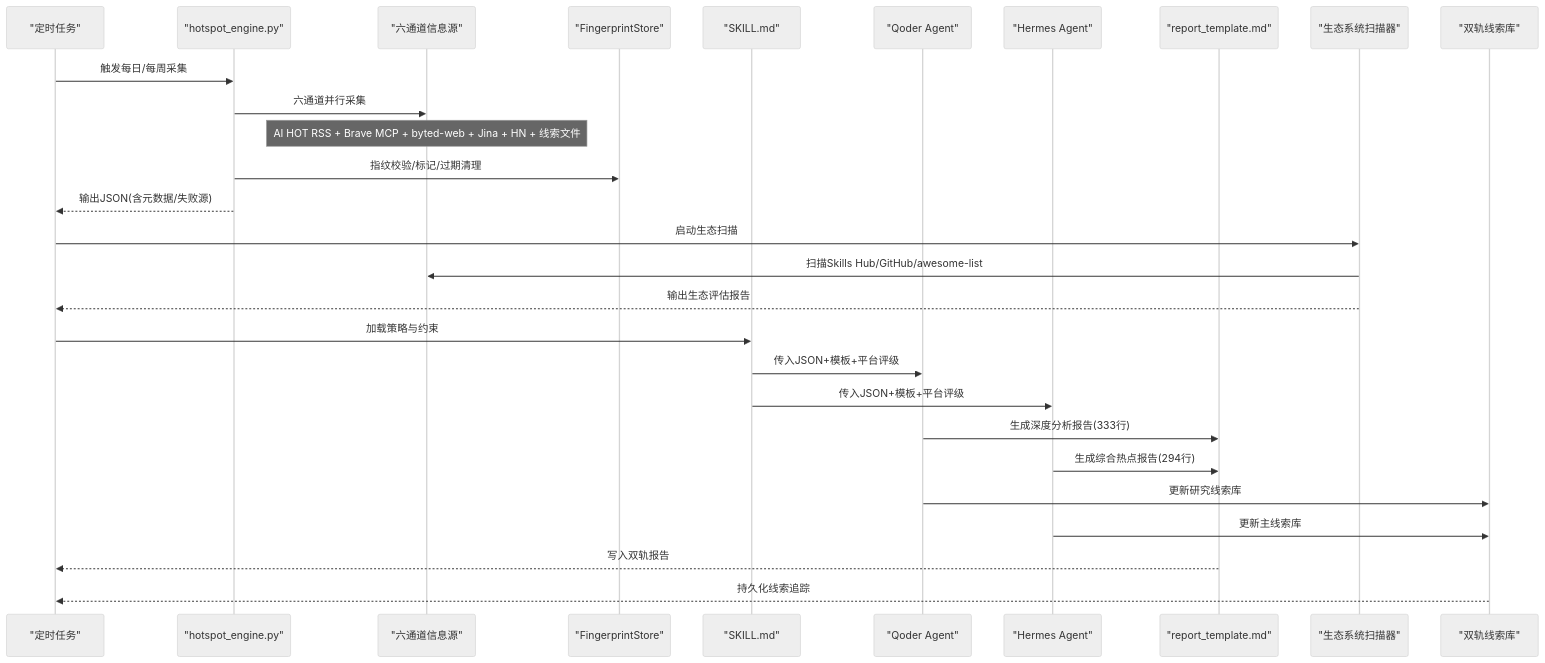
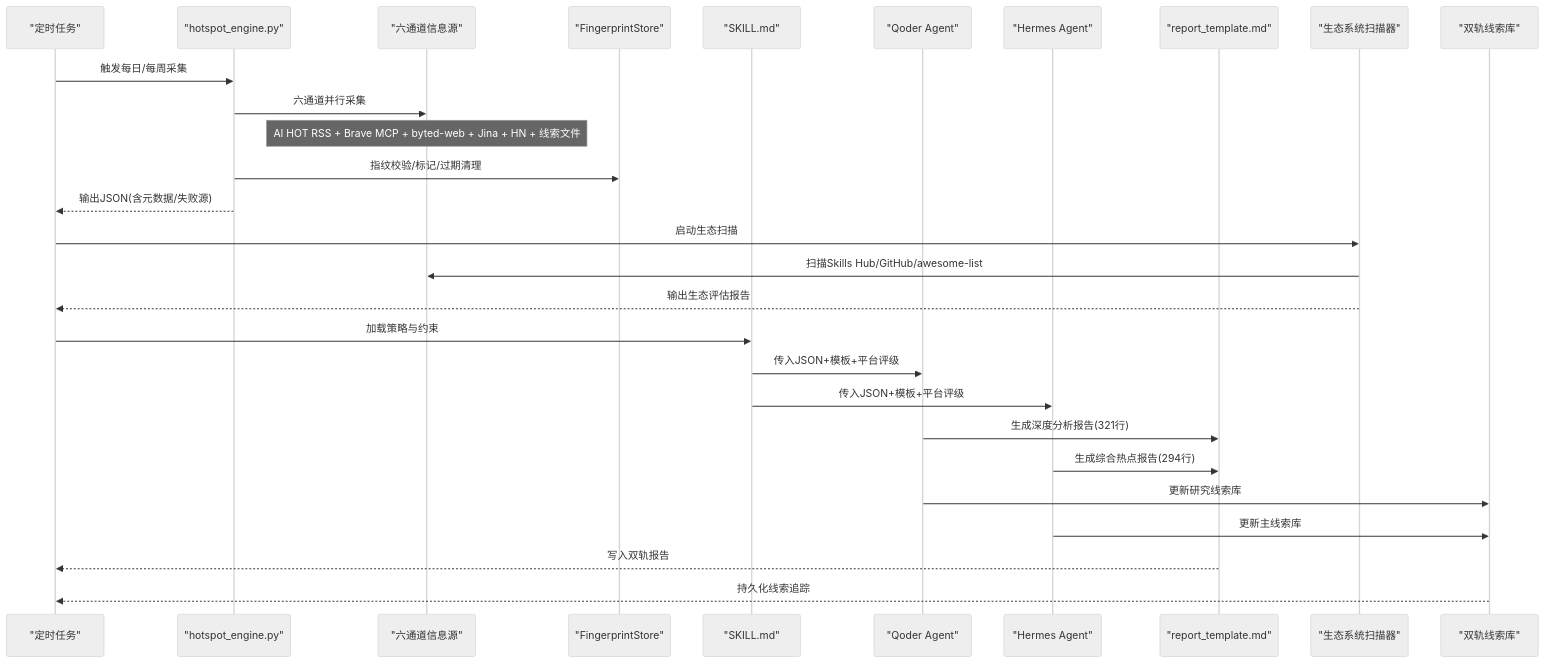
The second of 4 diagrams in .qoder/repowiki/zh/content/核心技能详解/Qoder Agent 每日热点报告系统.md (John198912/hermes_workspace), drawn with Mermaid (neutral theme) before and after one commit. The commit also changed other lines of this file and 1 other file, not shown here.

````diff
--- a/.qoder/repowiki/zh/content/核心技能详解/Qoder Agent 每日热点报告系统.md
+++ b/.qoder/repowiki/zh/content/核心技能详解/Qoder Agent 每日热点报告系统.md
@@ -134,30 +135,30 @@
 ```mermaid
 sequenceDiagram
 participant Cron as "定时任务"
 participant Engine as "hotspot_engine.py"
 participant Sources as "六通道信息源"
 participant Store as "FingerprintStore"
 participant Skill as "SKILL.md"
 participant Qoder as "Qoder Agent"
 participant Hermes as "Hermes Agent"
 participant Report as "report_template.md"
 participant Scanner as "生态系统扫描器"
 participant Clues as "双轨线索库"
 Cron->>Engine : 触发每日/每周采集
 Engine->>Sources : 六通道并行采集
 Note over Sources : AI HOT RSS + Brave MCP + byted-web + Jina + HN + 线索文件
 Engine->>Store : 指纹校验/标记/过期清理
 Engine-->>Cron : 输出JSON(含元数据/失败源)
 Cron->>Scanner : 启动生态扫描
 Scanner->>Sources : 扫描Skills Hub/GitHub/awesome-list
 Scanner-->>Cron : 输出生态评估报告
 Cron->>Skill : 加载策略与约束
 Skill->>Qoder : 传入JSON+模板+平台评级
 Skill->>Hermes : 传入JSON+模板+平台评级
-Qoder->>Report : 生成深度分析报告(333行)
+Qoder->>Report : 生成深度分析报告(321行)
 Hermes->>Report : 生成综合热点报告(294行)
 Qoder->>Clues : 更新研究线索库
 Hermes->>Clues : 更新主线索库
 Report-->>Cron : 写入双轨报告
 Clues-->>Cron : 持久化线索追踪
 ```
````
